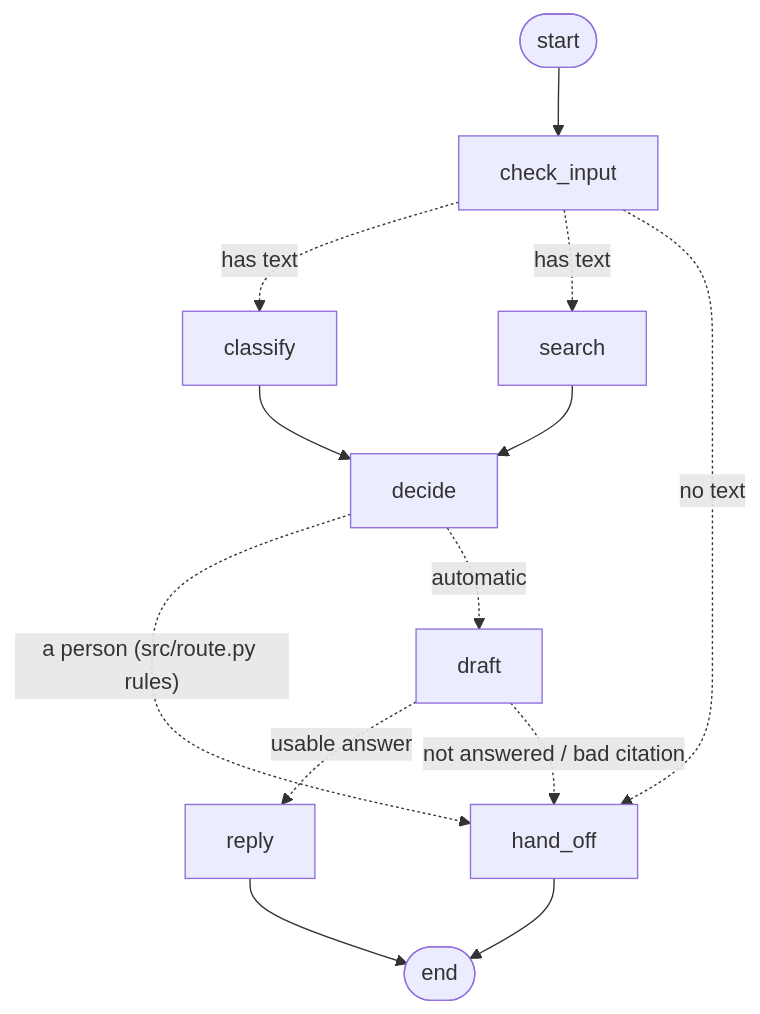
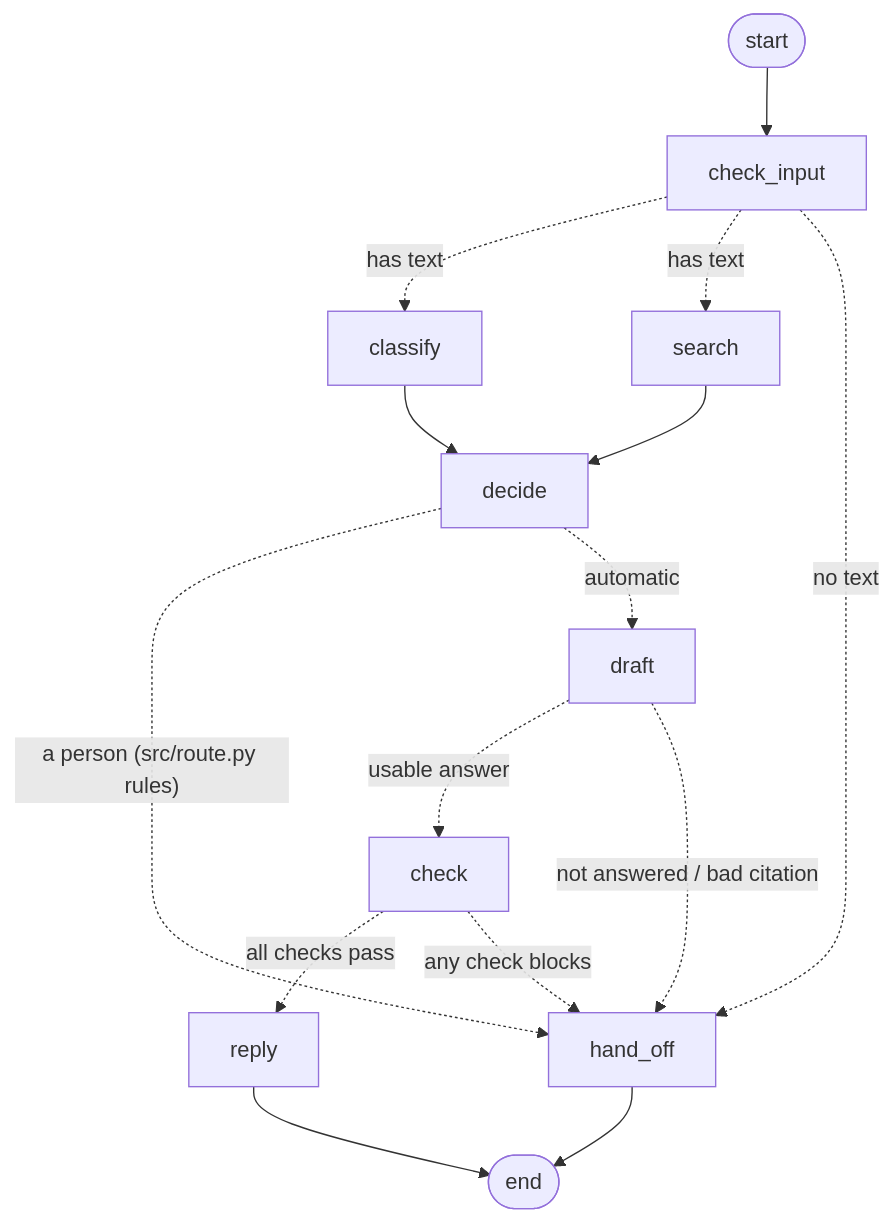
Before and after one commit to sanjaya/cloudserve-support-triage: the diagram in docs/architecture.md, drawn with Mermaid. The commit also changed other lines of this file and 14 other files, not shown here.

Commit message:
B-09: safety checks on every answer (private data, promises, injection, grounding); PR-05 v1.0 kept

````diff
--- a/docs/architecture.md
+++ b/docs/architecture.md
@@ -21,15 +21,17 @@
 ```mermaid
 graph TD
     START([start]) --> check_input
     check_input -. has text .-> classify
     check_input -. has text .-> search
     check_input -. no text .-> hand_off
     classify --> decide
     search --> decide
     decide -. "a person (src/route.py rules)" .-> hand_off
     decide -. "automatic" .-> draft
-    draft -. "usable answer" .-> reply
+    draft -. "usable answer" .-> check
+    check -. "all checks pass" .-> reply
+    check -. "any check blocks" .-> hand_off
     draft -. "not answered / bad citation" .-> hand_off
     reply --> END([end])
     hand_off --> END
 ```
````
